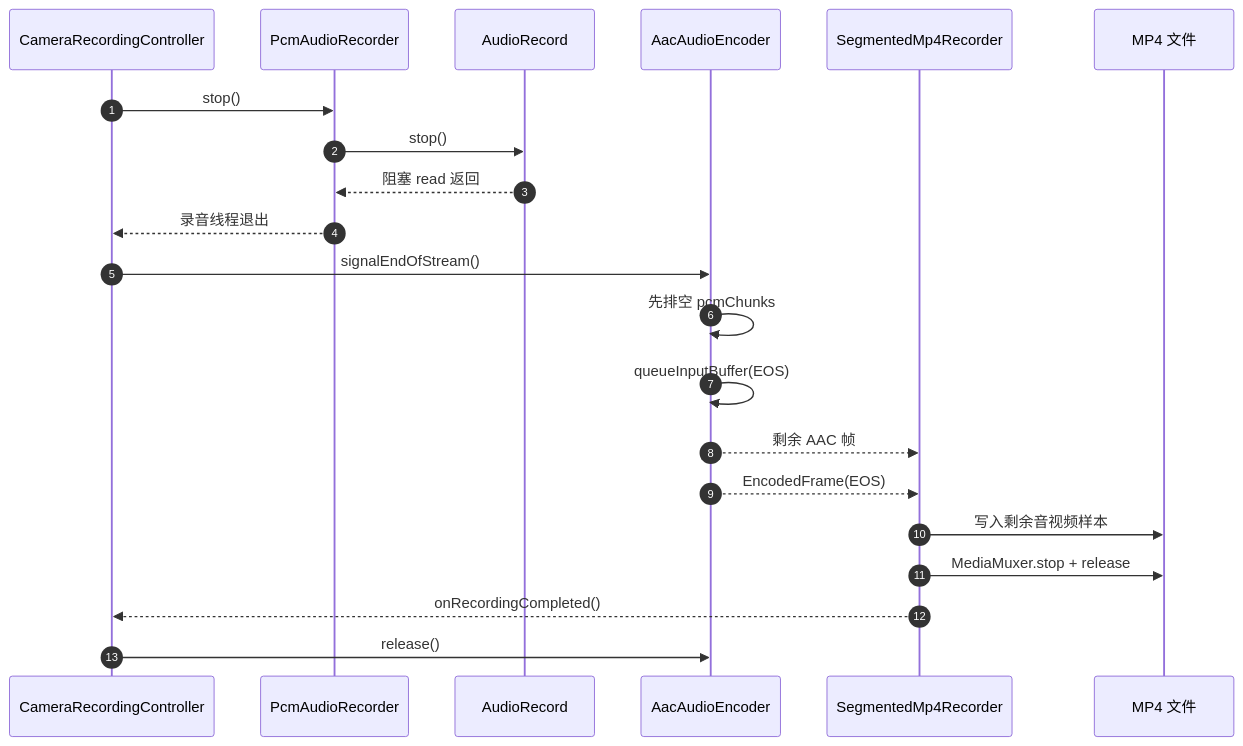
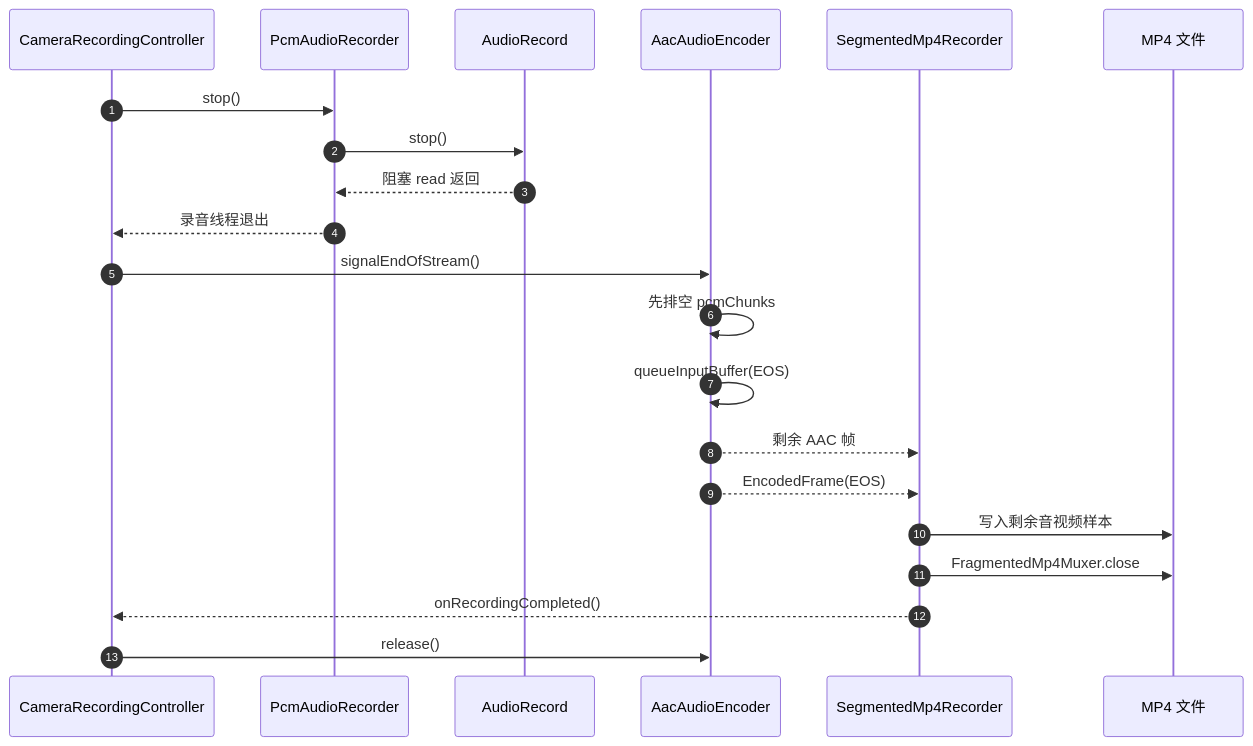
The sixth of 8 diagrams in docs/aac-recording-architecture.md (songzhixiang/BestScaffold), drawn with Mermaid before and after one commit. The commit also changed other lines of this file and 9 other files, not shown here.

````diff
--- a/docs/aac-recording-architecture.md
+++ b/docs/aac-recording-architecture.md
@@ -224,24 +224,24 @@
 ```mermaid
 sequenceDiagram
     autonumber
     participant RC as CameraRecordingController
     participant PCM as PcmAudioRecorder
     participant AR as AudioRecord
     participant AAC as AacAudioEncoder
     participant Mux as SegmentedMp4Recorder
     participant File as MP4 文件
 
     RC->>PCM: stop()
     PCM->>AR: stop()
     AR-->>PCM: 阻塞 read 返回
     PCM-->>RC: 录音线程退出
     RC->>AAC: signalEndOfStream()
     AAC->>AAC: 先排空 pcmChunks
     AAC->>AAC: queueInputBuffer(EOS)
     AAC-->>Mux: 剩余 AAC 帧
     AAC-->>Mux: EncodedFrame(EOS)
     Mux->>File: 写入剩余音视频样本
-    Mux->>File: MediaMuxer.stop + release
+    Mux->>File: FragmentedMp4Muxer.close
     Mux-->>RC: onRecordingCompleted()
     RC->>AAC: release()
 ```
````
